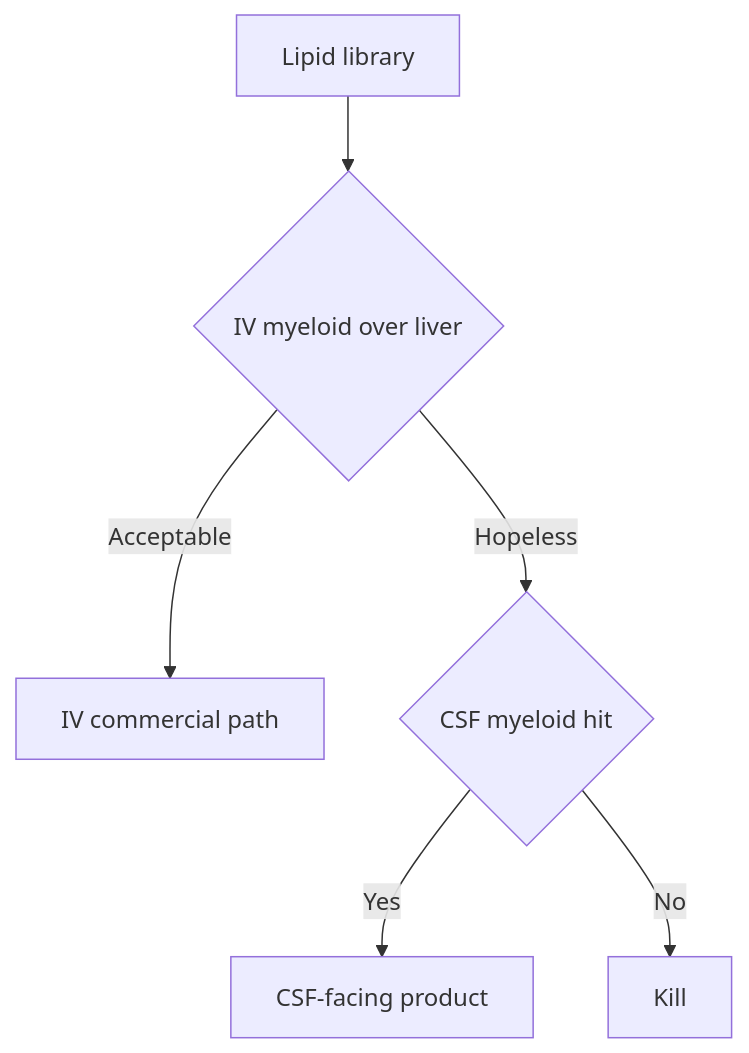
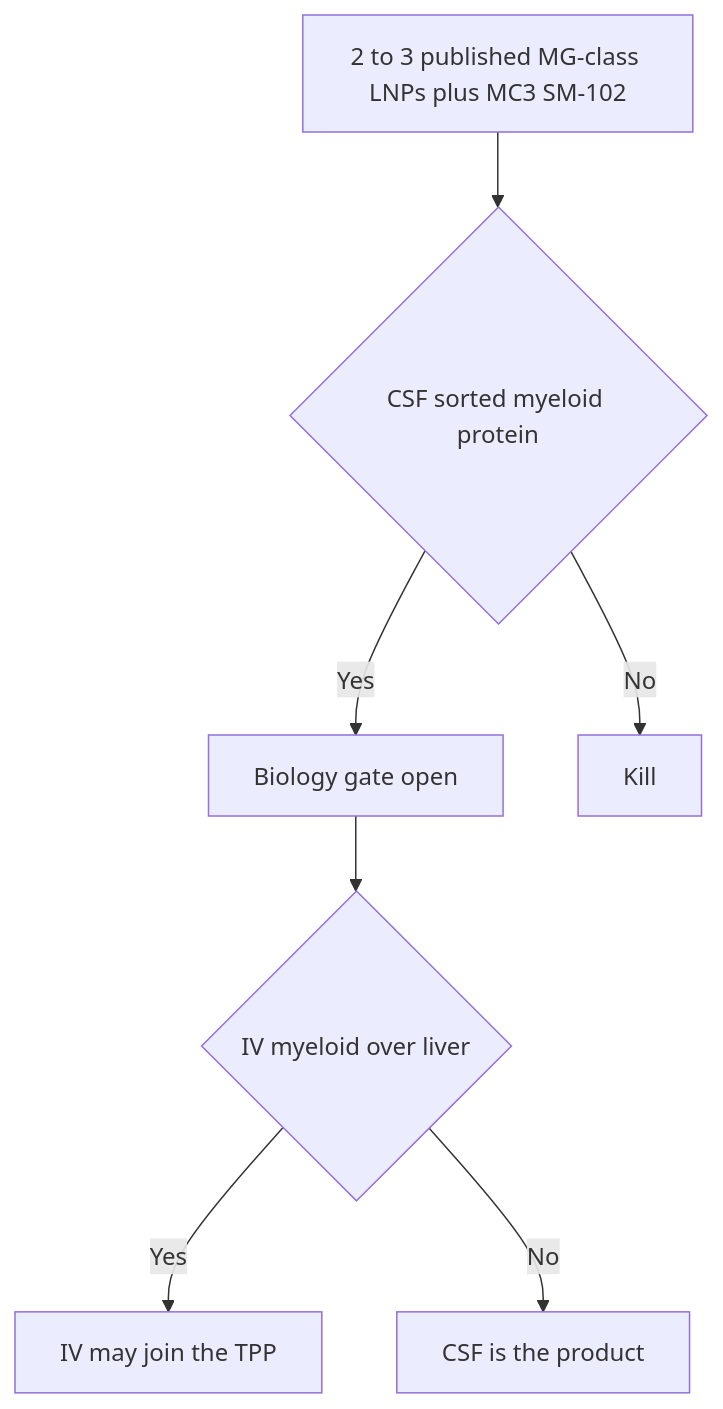
The diagram in science/03-delivery.md (CosmicCEO/novellum), drawn with Mermaid before and after one commit. The commit also changed other lines of this file, not shown here.

Commit message:
CSF-first delivery screen; small published MG-class set

````diff
--- a/science/03-delivery.md
+++ b/science/03-delivery.md
@@ -12,8 +12,9 @@
 ```mermaid
 flowchart TD
-  L[Lipid library] --> IV{IV myeloid over liver}
-  IV -->|Acceptable| P[IV commercial path]
-  IV -->|Hopeless| CSF{CSF myeloid hit}
-  CSF -->|Yes| Q[CSF-facing product]
+  L[2 to 3 published MG-class LNPs plus MC3 SM-102] --> CSF{CSF sorted myeloid protein}
+  CSF -->|Yes| Bio[Biology gate open]
   CSF -->|No| K[Kill]
+  Bio --> IV{IV myeloid over liver}
+  IV -->|Yes| P[IV may join the TPP]
+  IV -->|No| Q[CSF is the product]
 ```
````
